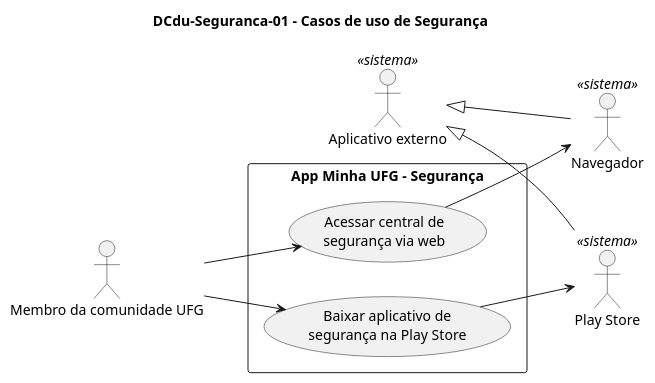
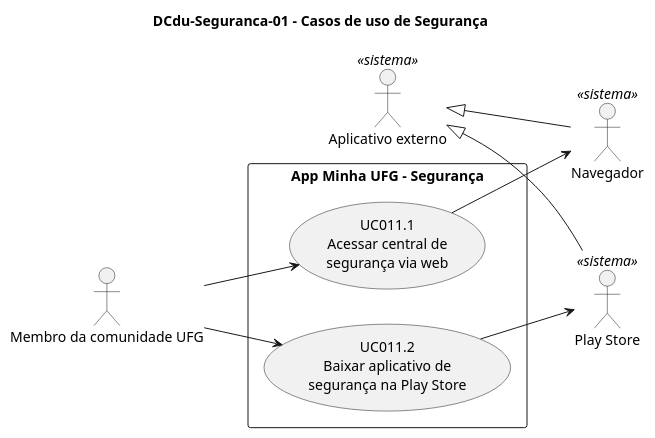
The diagram in Seguranca/DCdu-Seguranca-01.puml (joseduardogon/Minha_UFG_Grupo_Cinza), drawn with PlantUML before and after one commit. The commit also changed 30 other files, not shown here.

```diff
--- a/Seguranca/DCdu-Seguranca-01.puml
+++ b/Seguranca/DCdu-Seguranca-01.puml
@@ -1,23 +1,23 @@
 @startuml DCdu-Seguranca-01
 title DCdu-Seguranca-01 – Casos de uso de Segurança
 left to right direction
 skinparam packageStyle rectangle
 
 actor "Membro da comunidade UFG" as Membro
 actor "Aplicativo externo" as AppExt <<sistema>>
 actor "Navegador" as Navegador <<sistema>>
 actor "Play Store" as PlayStore <<sistema>>
 Navegador -up-|> AppExt
 PlayStore -up-|> AppExt
 
 rectangle "App Minha UFG – Segurança" {
-  usecase "Acessar central de\nsegurança via web" as UC01
-  usecase "Baixar aplicativo de\nsegurança na Play Store" as UC02
+  usecase "UC011.1\nAcessar central de\nsegurança via web" as UC011
+  usecase "UC011.2\nBaixar aplicativo de\nsegurança na Play Store" as UC012
 }
 
-Membro --> UC01
-Membro --> UC02
+Membro --> UC011
+Membro --> UC012
 
-UC01 --> Navegador
-UC02 --> PlayStore
+UC011 --> Navegador
+UC012 --> PlayStore
 @enduml
```
